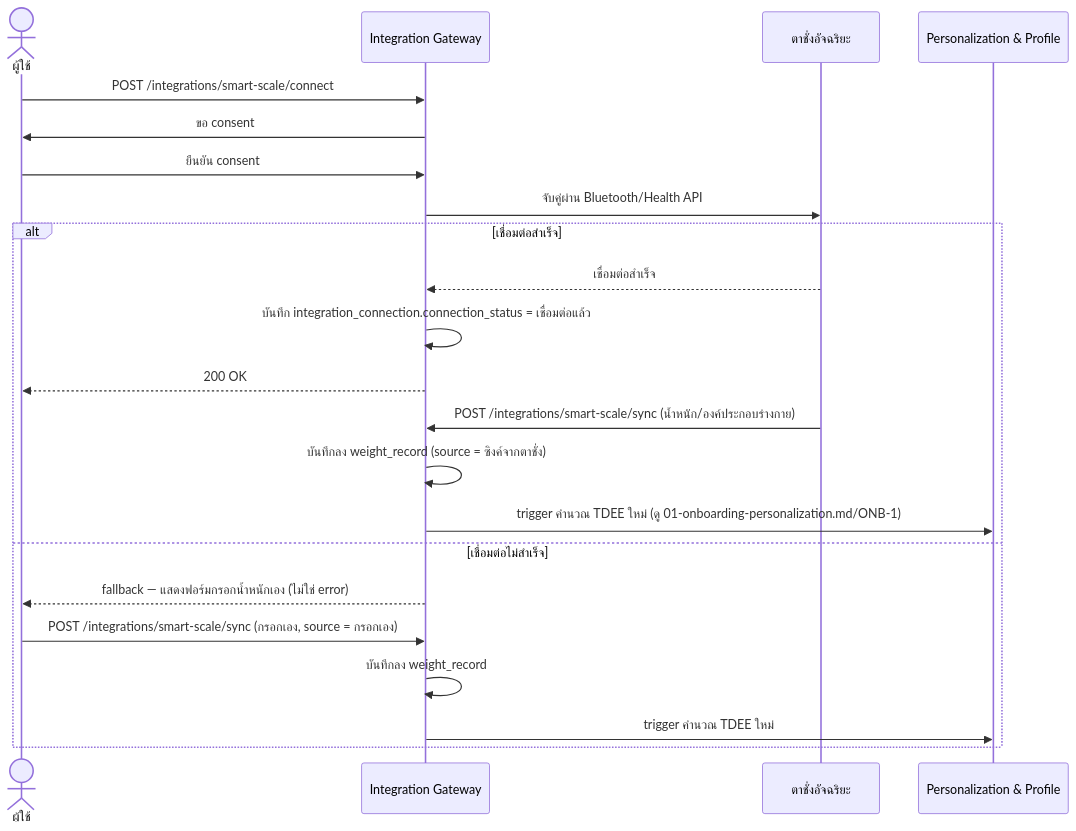
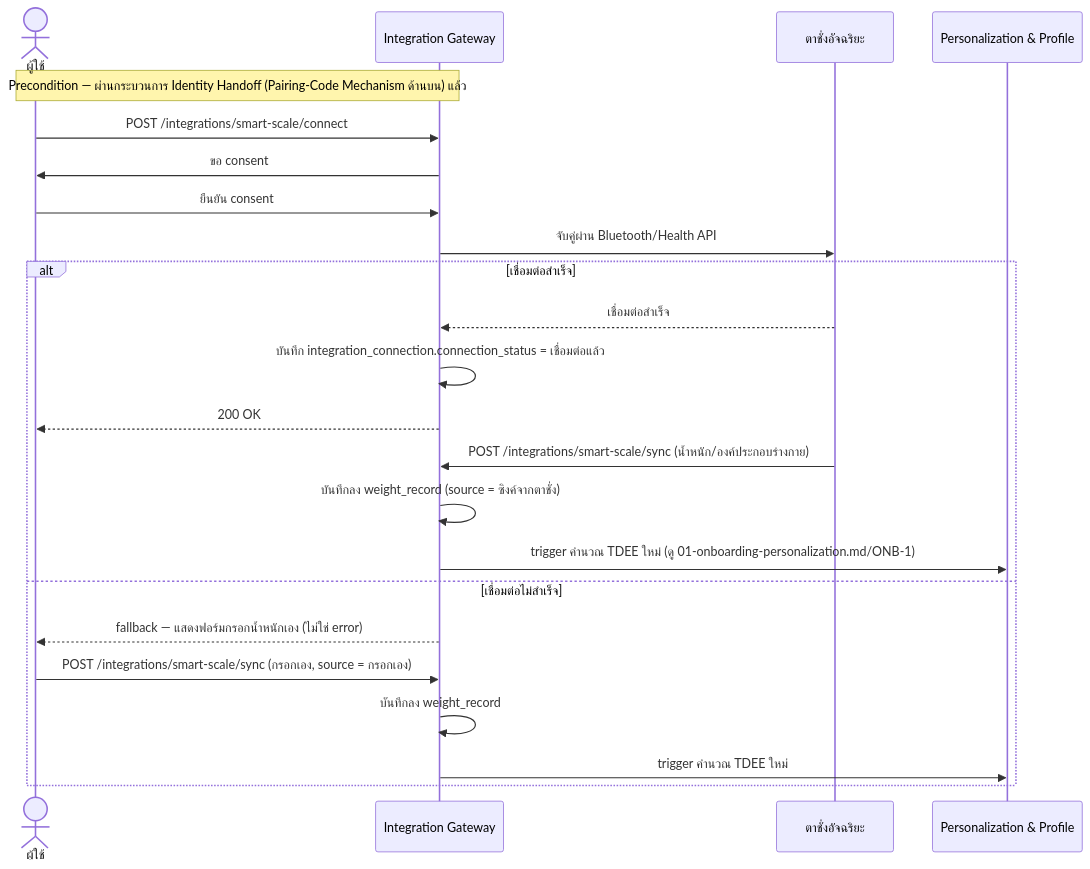
The fourth of 5 diagrams in docs/02-design/02-technical/detailed-design/04-smart-integrations.md (Kikofah/smartFit_daily), drawn with Mermaid before and after one commit. The commit also changed other lines of this file and 22 other files, not shown here.

First line of the commit message:
docs: reconcile stack drift (Express+Cloud Run) and formalize pairing-code as REQ-18/INT-0

````diff
--- a/docs/02-design/02-technical/detailed-design/04-smart-integrations.md
+++ b/docs/02-design/02-technical/detailed-design/04-smart-integrations.md
@@ -81,24 +167,25 @@
 ```mermaid
 sequenceDiagram
     actor U as ผู้ใช้
     participant IG as Integration Gateway
     participant SC as ตาชั่งอัจฉริยะ
     participant PP as Personalization & Profile
+    Note over U,IG: Precondition — ผ่านกระบวนการ Identity Handoff (Pairing-Code Mechanism ด้านบน) แล้ว
     U->>IG: POST /integrations/smart-scale/connect
     IG->>U: ขอ consent
     U->>IG: ยืนยัน consent
     IG->>SC: จับคู่ผ่าน Bluetooth/Health API
     alt เชื่อมต่อสำเร็จ
         SC-->>IG: เชื่อมต่อสำเร็จ
         IG->>IG: บันทึก integration_connection.connection_status = เชื่อมต่อแล้ว
         IG-->>U: 200 OK
         SC->>IG: POST /integrations/smart-scale/sync (น้ำหนัก/องค์ประกอบร่างกาย)
         IG->>IG: บันทึกลง weight_record (source = ซิงค์จากตาชั่ง)
         IG->>PP: trigger คำนวณ TDEE ใหม่ (ดู 01-onboarding-personalization.md/ONB-1)
     else เชื่อมต่อไม่สำเร็จ
         IG-->>U: fallback — แสดงฟอร์มกรอกน้ำหนักเอง (ไม่ใช่ error)
         U->>IG: POST /integrations/smart-scale/sync (กรอกเอง, source = กรอกเอง)
         IG->>IG: บันทึกลง weight_record
         IG->>PP: trigger คำนวณ TDEE ใหม่
     end
 ```
````
